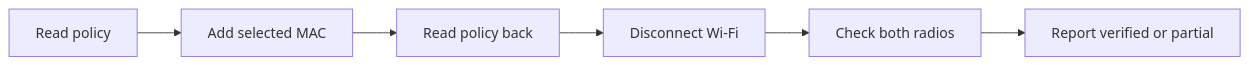
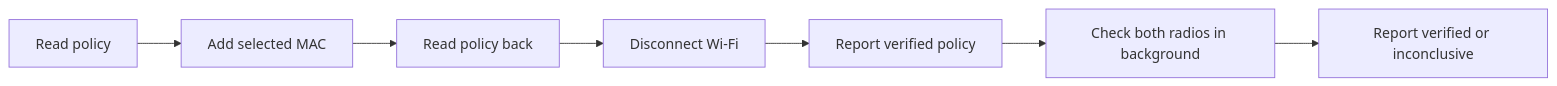
Before and after one commit to leofratu/lantern: the diagram in README.md, drawn with Mermaid. The commit also changed other lines of this file and 4 other files, not shown here.

````diff
--- a/README.md
+++ b/README.md
@@ -110,8 +110,9 @@
 ```mermaid
 flowchart LR
     A[Read policy] --> B[Add selected MAC]
     B --> C[Read policy back]
     C --> D[Disconnect Wi-Fi]
-    D --> E[Check both radios]
-    E --> F[Report verified or partial]
+    D --> E[Report verified policy]
+    E --> F[Check both radios in background]
+    F --> G[Report verified or inconclusive]
 ```
````
